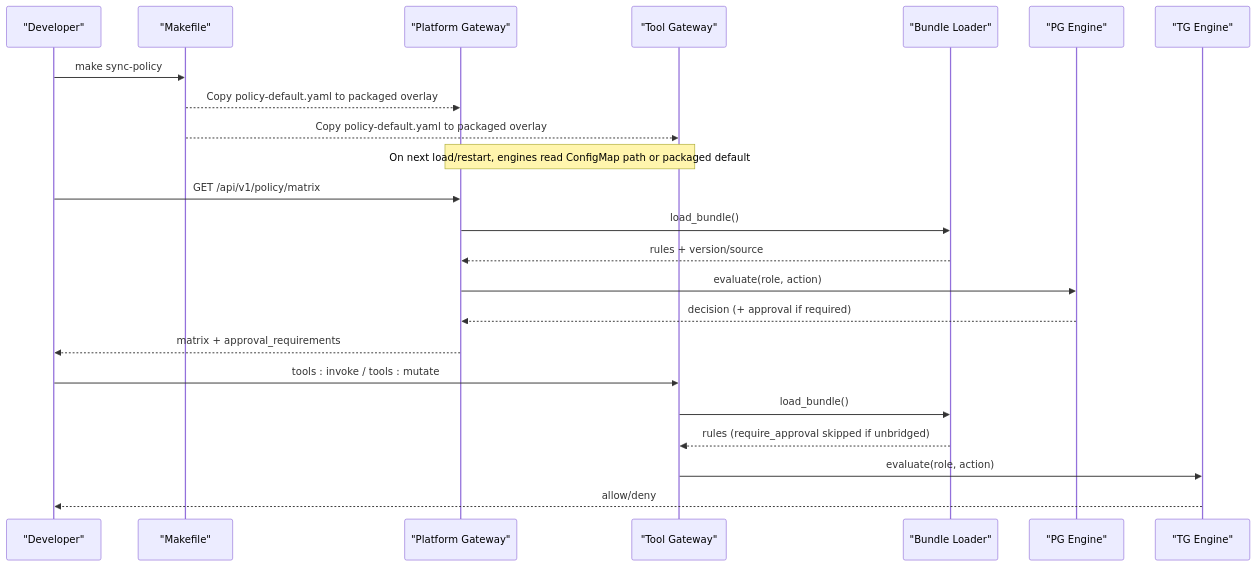
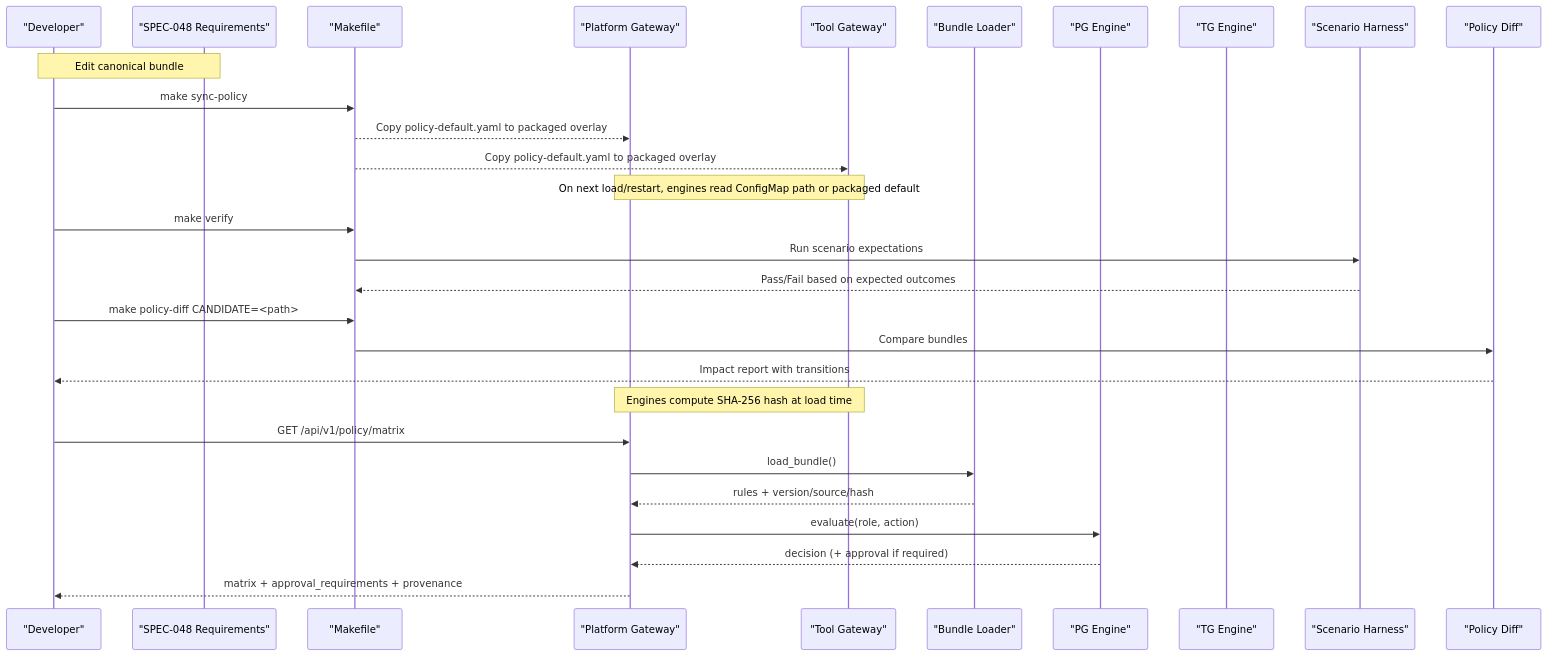
Before and after one commit to metasync/luban-aiops: the second of 7 diagrams in .qoder/repowiki/en/content/Policy Management/Policy Rollout Controls Spike.md, drawn with Mermaid. The commit also changed other lines of this file and 16 other files, not shown here.

````diff
--- a/.qoder/repowiki/en/content/Policy Management/Policy Rollout Controls Spike.md
+++ b/.qoder/repowiki/en/content/Policy Management/Policy Rollout Controls Spike.md
@@ -89,25 +105,31 @@
 ```mermaid
 sequenceDiagram
 participant Dev as "Developer"
+participant Spec as "SPEC-048 Requirements"
 participant Make as "Makefile"
 participant PG as "Platform Gateway"
 participant TG as "Tool Gateway"
 participant Bund as "Bundle Loader"
 participant EngPG as "PG Engine"
 participant EngTG as "TG Engine"
+participant Scen as "Scenario Harness"
+participant Diff as "Policy Diff"
+Note over Dev,Spec : Edit canonical bundle
 Dev->>Make : make sync-policy
 Make-->>PG : Copy policy-default.yaml to packaged overlay
 Make-->>TG : Copy policy-default.yaml to packaged overlay
 Note over PG,TG : On next load/restart, engines read ConfigMap path or packaged default
+Dev->>Make : make verify
+Make->>Scen : Run scenario expectations
+Scen-->>Make : Pass/Fail based on expected outcomes
+Dev->>Make : make policy-diff CANDIDATE=<path>
+Make->>Diff : Compare bundles
+Diff-->>Dev : Impact report with transitions
+Note over PG,TG : Engines compute SHA-256 hash at load time
 Dev->>PG : GET /api/v1/policy/matrix
 PG->>Bund : load_bundle()
-Bund-->>PG : rules + version/source
+Bund-->>PG : rules + version/source/hash
 PG->>EngPG : evaluate(role, action)
 EngPG-->>PG : decision (+ approval if required)
-PG-->>Dev : matrix + approval_requirements
-Dev->>TG : tools : invoke / tools : mutate
-TG->>Bund : load_bundle()
-Bund-->>TG : rules (require_approval skipped if unbridged)
-TG->>EngTG : evaluate(role, action)
-EngTG-->>Dev : allow/deny
+PG-->>Dev : matrix + approval_requirements + provenance
 ```
````
